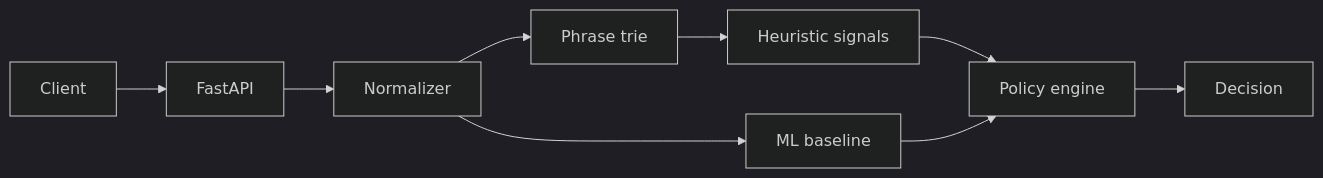
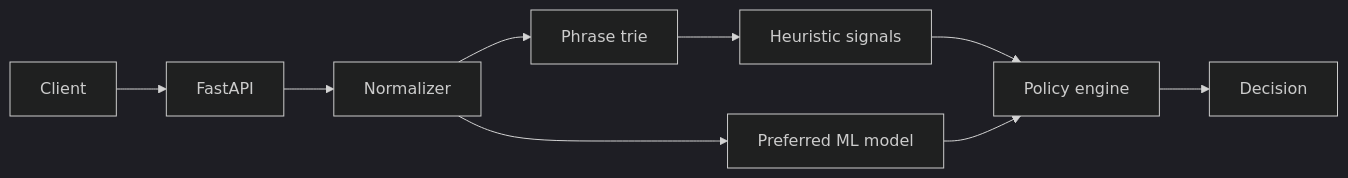
One commit to triablefungi/sentinel-content-safety-platform changed the diagram in docs/architecture.md. Above: the diagram before and after it, drawn with Mermaid (dark theme). The commit also changed other lines of this file and 11 other files, not shown here.

````diff
--- a/docs/architecture.md
+++ b/docs/architecture.md
@@ -10,11 +11,11 @@
 ```mermaid
 flowchart LR
     A[Client] --> B[FastAPI]
     B --> C[Normalizer]
     C --> D[Phrase trie]
     D --> E[Heuristic signals]
-    C --> F[ML baseline]
+    C --> F[Preferred ML model]
     E --> G[Policy engine]
     F --> G
     G --> H[Decision]
 ```
````
